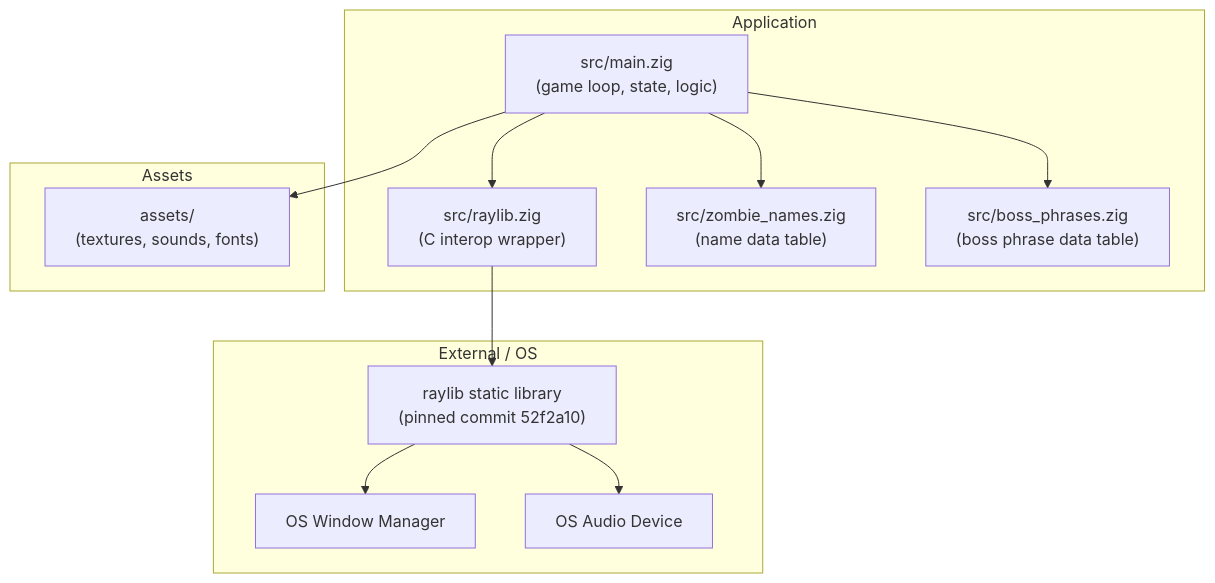
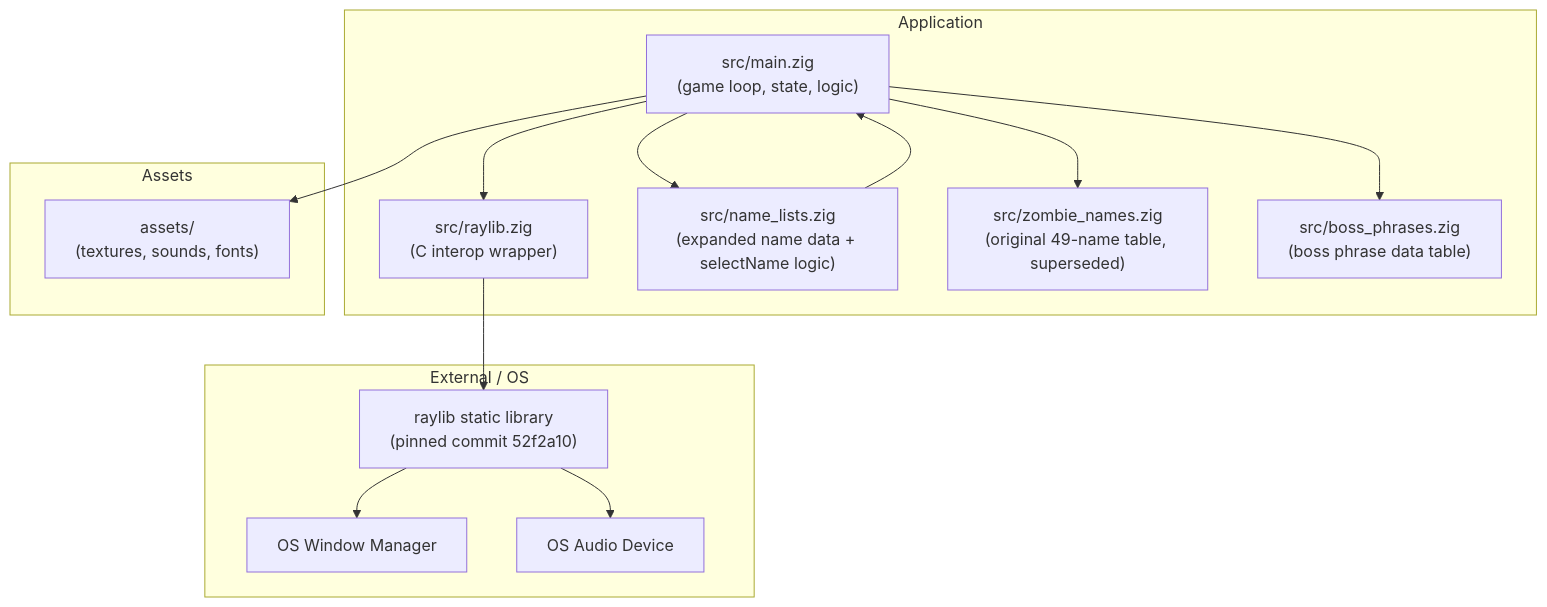
Before and after one commit to bfernandez31/death-note: the first of 3 diagrams in specs/specifications/architecture.md, drawn with Mermaid. The commit also changed other lines of this file and 4 other files, not shown here.

````diff
--- a/specs/specifications/architecture.md
+++ b/specs/specifications/architecture.md
@@ -41,27 +41,30 @@
 ```mermaid
 graph TB
     subgraph Application
         MAIN["src/main.zig\n(game loop, state, logic)"]
         RLIB["src/raylib.zig\n(C interop wrapper)"]
-        NAMES["src/zombie_names.zig\n(name data table)"]
+        NAMELISTS["src/name_lists.zig\n(expanded name data + selectName logic)"]
+        NAMES["src/zombie_names.zig\n(original 49-name table, superseded)"]
         PHRASES["src/boss_phrases.zig\n(boss phrase data table)"]
     end
 
     subgraph External_OS["External / OS"]
         RAYLIB_LIB["raylib static library\n(pinned commit 52f2a10)"]
         WINDOW["OS Window Manager"]
         AUDIO["OS Audio Device"]
     end
 
     subgraph Assets
         ASSETS["assets/\n(textures, sounds, fonts)"]
     end
 
     MAIN --> RLIB
+    MAIN --> NAMELISTS
     MAIN --> NAMES
     MAIN --> PHRASES
+    NAMELISTS --> MAIN
     RLIB --> RAYLIB_LIB
     RAYLIB_LIB --> WINDOW
     RAYLIB_LIB --> AUDIO
     MAIN --> ASSETS
 ```
````
